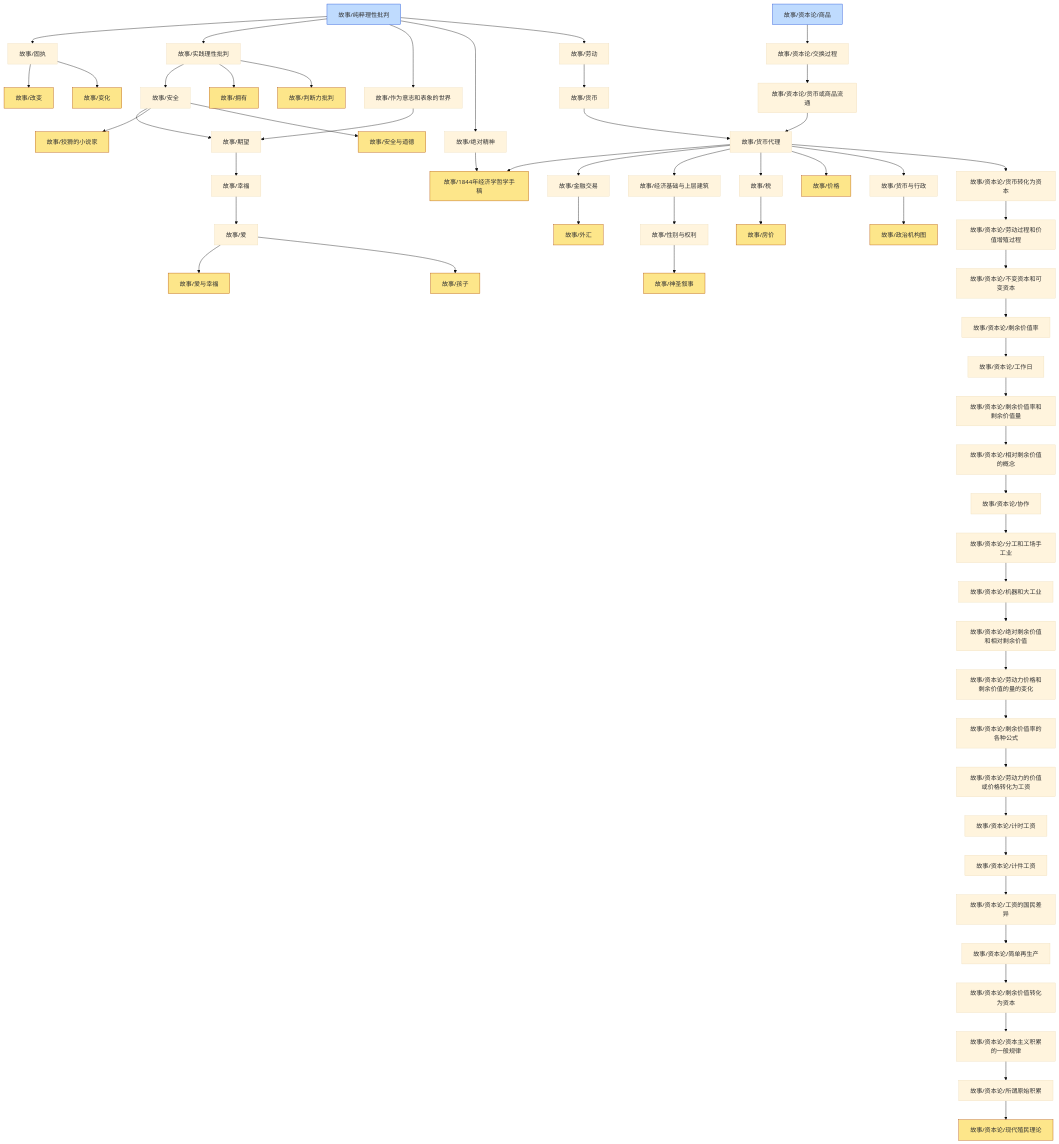
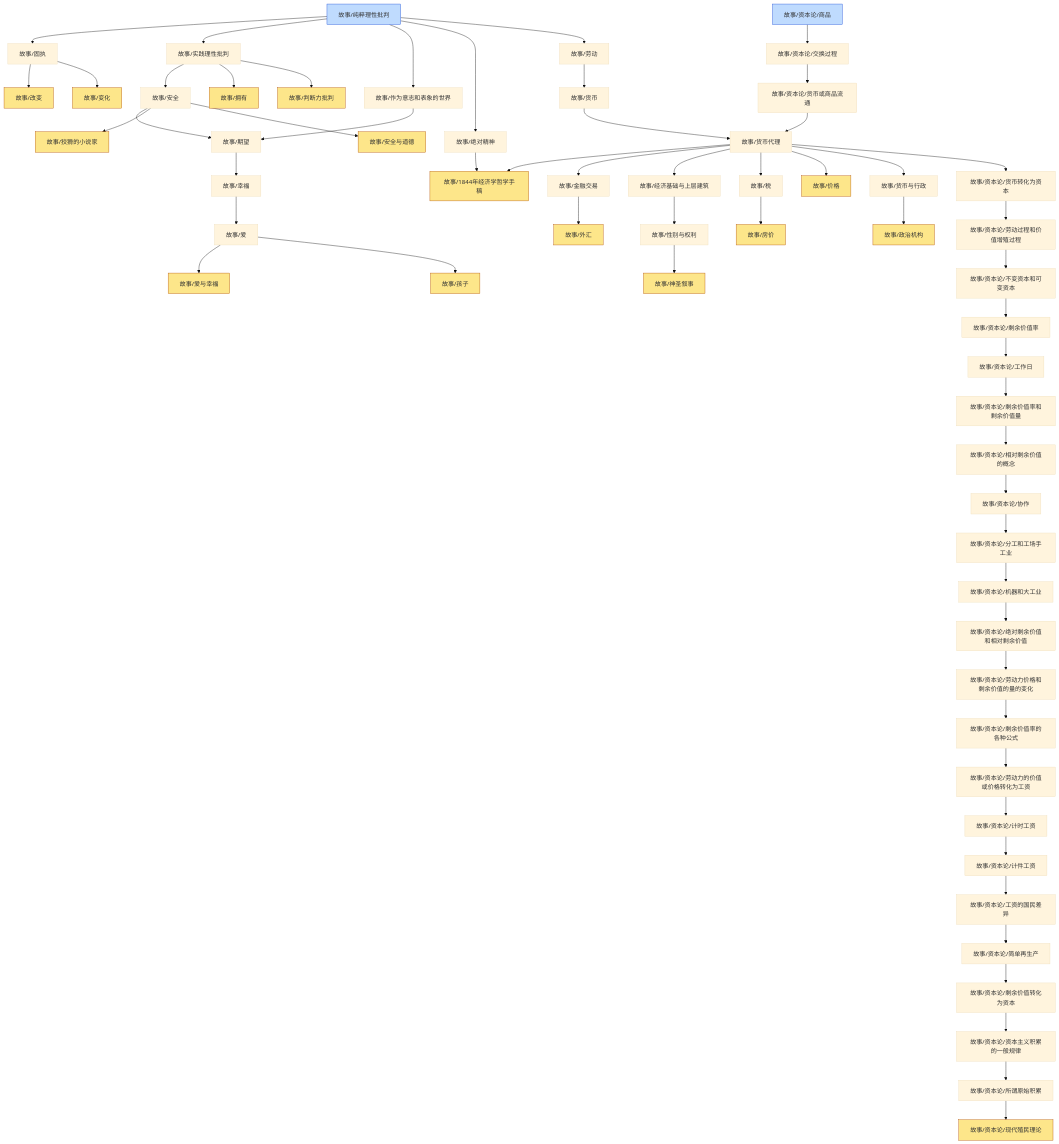
The diagram in content/故事/dependency_graph.md (zeroDtree/zeroDtree.github.io), drawn with Mermaid (base theme) before and after one commit. The commit also changed 7 other files, not shown here.

````diff
--- a/content/故事/dependency_graph.md
+++ b/content/故事/dependency_graph.md
@@ -1,64 +1,64 @@
 ```mermaid
 graph TD
 1["故事/纯粹理性批判"] --> 0["故事/固执"]
 3["故事/经济基础与上层建筑"] --> 2["故事/性别与权利"]
 0["故事/固执"] --> 4["故事/改变"]
 6["故事/货币代理"] --> 5["故事/1844年经济学哲学手稿"]
 7["故事/绝对精神"] --> 5["故事/1844年经济学哲学手稿"]
 6["故事/货币代理"] --> 8["故事/金融交易"]
 10["故事/作为意志和表象的世界"] --> 9["故事/期望"]
 11["故事/安全"] --> 9["故事/期望"]
 11["故事/安全"] --> 12["故事/狡猾的小说家"]
-1["故事/纯粹理性批判"] --> 13["故事/实践理性批判"]
-13["故事/实践理性批判"] --> 11["故事/安全"]
+14["故事/货币与行政"] --> 13["故事/政治机构"]
+1["故事/纯粹理性批判"] --> 15["故事/实践理性批判"]
+15["故事/实践理性批判"] --> 11["故事/安全"]
 6["故事/货币代理"] --> 3["故事/经济基础与上层建筑"]
-8["故事/金融交易"] --> 14["故事/外汇"]
-13["故事/实践理性批判"] --> 15["故事/拥有"]
-6["故事/货币代理"] --> 16["故事/税"]
-16["故事/税"] --> 17["故事/房价"]
-19["故事/货币与行政"] --> 18["故事/政治机构图"]
+8["故事/金融交易"] --> 16["故事/外汇"]
+15["故事/实践理性批判"] --> 17["故事/拥有"]
+6["故事/货币代理"] --> 18["故事/税"]
+18["故事/税"] --> 19["故事/房价"]
 0["故事/固执"] --> 20["故事/变化"]
 22["故事/幸福"] --> 21["故事/爱"]
 6["故事/货币代理"] --> 23["故事/价格"]
 24["故事/货币"] --> 6["故事/货币代理"]
 25["故事/资本论/货币或商品流通"] --> 6["故事/货币代理"]
 1["故事/纯粹理性批判"] --> 10["故事/作为意志和表象的世界"]
 1["故事/纯粹理性批判"] --> 7["故事/绝对精神"]
-6["故事/货币代理"] --> 19["故事/货币与行政"]
+6["故事/货币代理"] --> 14["故事/货币与行政"]
 11["故事/安全"] --> 26["故事/安全与道德"]
 2["故事/性别与权利"] --> 27["故事/神圣叙事"]
 21["故事/爱"] --> 28["故事/爱与幸福"]
 29["故事/劳动"] --> 24["故事/货币"]
 21["故事/爱"] --> 30["故事/孩子"]
 1["故事/纯粹理性批判"] --> 29["故事/劳动"]
-13["故事/实践理性批判"] --> 31["故事/判断力批判"]
+15["故事/实践理性批判"] --> 31["故事/判断力批判"]
 9["故事/期望"] --> 22["故事/幸福"]
 33["故事/资本论/不变资本和可变资本"] --> 32["故事/资本论/剩余价值率"]
 35["故事/资本论/所谓原始积累"] --> 34["故事/资本论/现代殖民理论"]
 36["故事/资本论/交换过程"] --> 25["故事/资本论/货币或商品流通"]
 38["故事/资本论/剩余价值转化为资本"] --> 37["故事/资本论/资本主义积累的一般规律"]
 40["故事/资本论/劳动力的价值或价格转化为工资"] --> 39["故事/资本论/计时工资"]
 42["故事/资本论/机器和大工业"] --> 41["故事/资本论/绝对剩余价值和相对剩余价值"]
 44["故事/资本论/货币转化为资本"] --> 43["故事/资本论/劳动过程和价值增殖过程"]
 43["故事/资本论/劳动过程和价值增殖过程"] --> 33["故事/资本论/不变资本和可变资本"]
 46["故事/资本论/相对剩余价值的概念"] --> 45["故事/资本论/协作"]
 37["故事/资本论/资本主义积累的一般规律"] --> 35["故事/资本论/所谓原始积累"]
 47["故事/资本论/分工和工场手工业"] --> 42["故事/资本论/机器和大工业"]
 6["故事/货币代理"] --> 44["故事/资本论/货币转化为资本"]
 48["故事/资本论/商品"] --> 36["故事/资本论/交换过程"]
 50["故事/资本论/工资的国民差异"] --> 49["故事/资本论/简单再生产"]
 39["故事/资本论/计时工资"] --> 51["故事/资本论/计件工资"]
 41["故事/资本论/绝对剩余价值和相对剩余价值"] --> 52["故事/资本论/劳动力价格和剩余价值的量的变化"]
 49["故事/资本论/简单再生产"] --> 38["故事/资本论/剩余价值转化为资本"]
 51["故事/资本论/计件工资"] --> 50["故事/资本论/工资的国民差异"]
 45["故事/资本论/协作"] --> 47["故事/资本论/分工和工场手工业"]
 53["故事/资本论/剩余价值率的各种公式"] --> 40["故事/资本论/劳动力的价值或价格转化为工资"]
 55["故事/资本论/工作日"] --> 54["故事/资本论/剩余价值率和剩余价值量"]
 52["故事/资本论/劳动力价格和剩余价值的量的变化"] --> 53["故事/资本论/剩余价值率的各种公式"]
 54["故事/资本论/剩余价值率和剩余价值量"] --> 46["故事/资本论/相对剩余价值的概念"]
 32["故事/资本论/剩余价值率"] --> 55["故事/资本论/工作日"]
 classDef leaf fill:#fde68a,stroke:#b45309
-class 4,5,12,14,15,17,18,20,23,26,27,28,30,31,34 leaf
+class 4,5,12,13,16,17,19,20,23,26,27,28,30,31,34 leaf
 classDef root fill:#bfdbfe,stroke:#1d4ed8
 class 1,48 root
 ```
````
